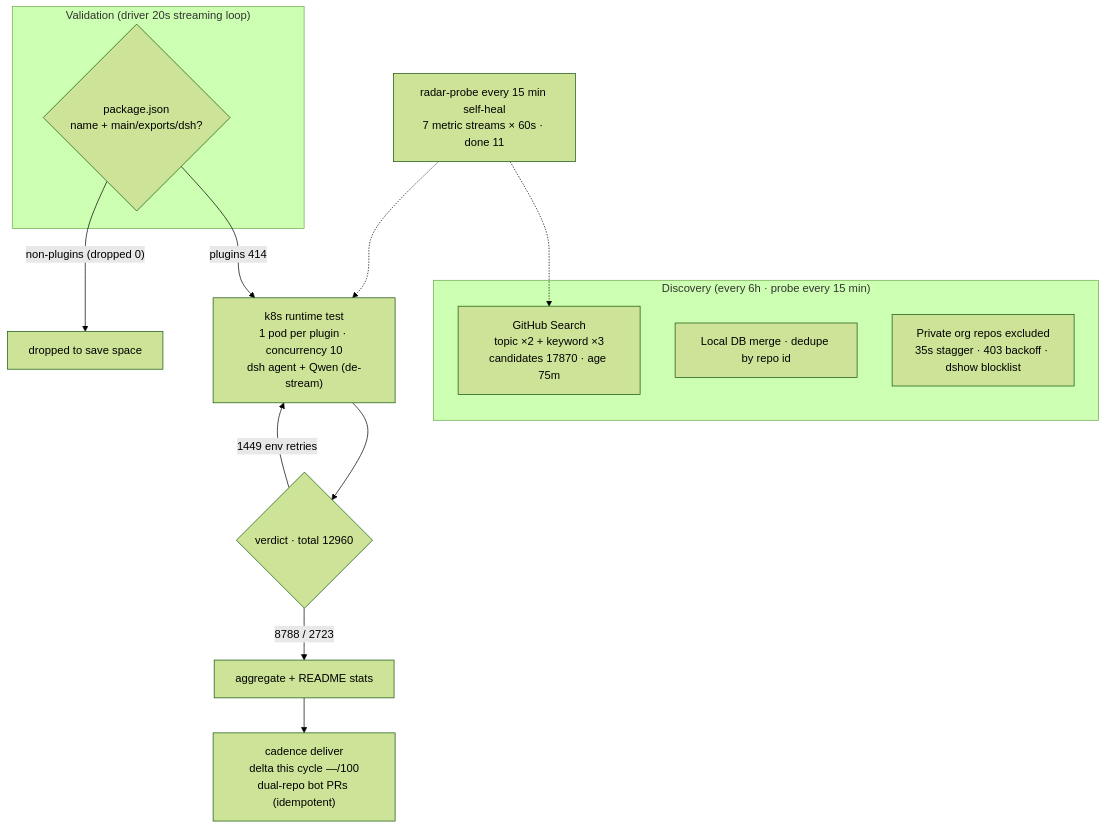
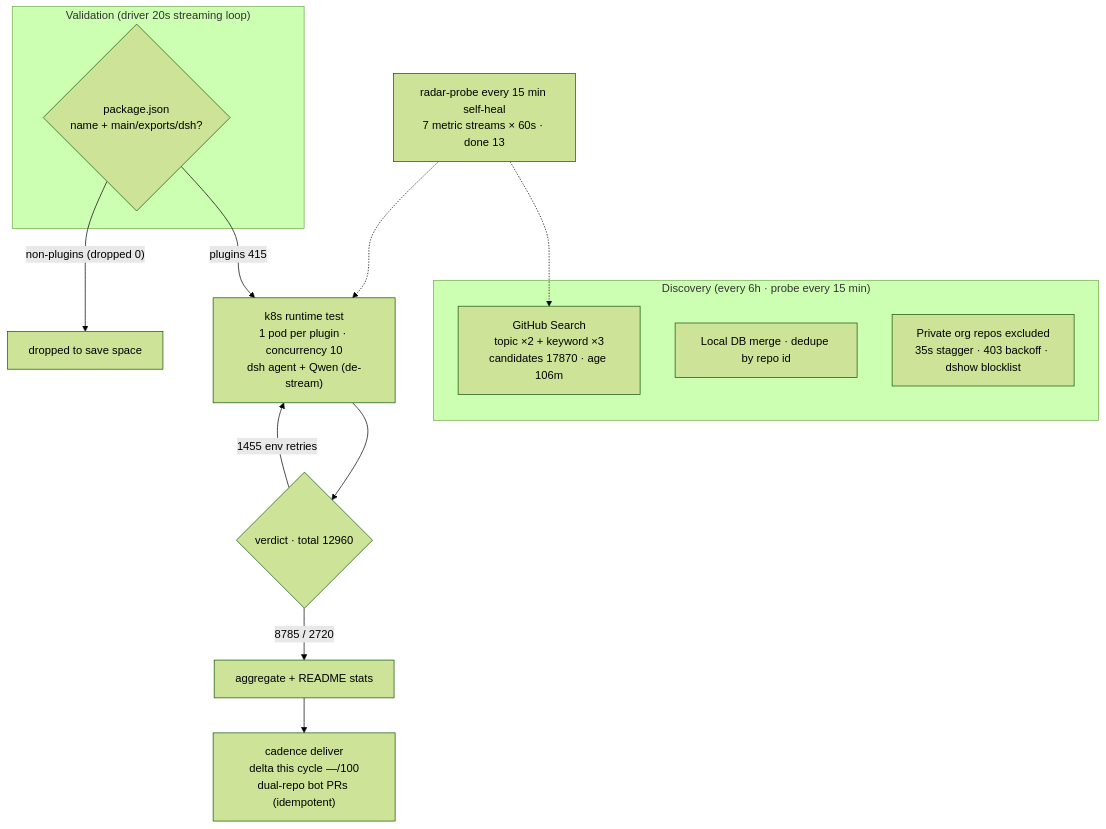
The diagram in README.en-US.md (AdamPlatin123/awesome-dsh-plugins), drawn with Mermaid (forest theme) before and after one commit. The commit also changed other lines of this file and 5 other files, not shown here.

````diff
--- a/README.en-US.md
+++ b/README.en-US.md
@@ -45,20 +45,20 @@
 ```mermaid
 flowchart TB
     subgraph Discovery["Discovery (every 6h · probe every 15 min)"]
-        A1["GitHub Search<br/>topic ×2 + keyword ×3<br/>candidates 17870 · age 75m"]
+        A1["GitHub Search<br/>topic ×2 + keyword ×3<br/>candidates 17870 · age 106m"]
         A2["Local DB merge · dedupe by repo id"]
         A3["Private org repos excluded<br/>35s stagger · 403 backoff · dshow blocklist"]
     end
     subgraph Validation["Validation (driver 20s streaming loop)"]
         B1{"package.json<br/>name + main/exports/dsh?"}
     end
-    B1 -->|"plugins 414"| C1["k8s runtime test<br/>1 pod per plugin · concurrency 10<br/>dsh agent + Qwen (de-stream)"]
+    B1 -->|"plugins 415"| C1["k8s runtime test<br/>1 pod per plugin · concurrency 10<br/>dsh agent + Qwen (de-stream)"]
     B1 -->|"non-plugins (dropped 0)"| B3["dropped to save space"]
     C1 --> D1{"verdict · total 12960"}
-    D1 -->|"8788 / 2723"| E1["aggregate + README stats"]
-    D1 -->|"1449 env retries"| C1
+    D1 -->|"8785 / 2720"| E1["aggregate + README stats"]
+    D1 -->|"1455 env retries"| C1
     E1 --> E2["cadence deliver<br/>delta this cycle —/100<br/>dual-repo bot PRs (idempotent)"]
-    M["radar-probe every 15 min self-heal<br/>7 metric streams × 60s · done 11"]
+    M["radar-probe every 15 min self-heal<br/>7 metric streams × 60s · done 13"]
     M -.-> A1
     M -.-> C1
 ```
````
